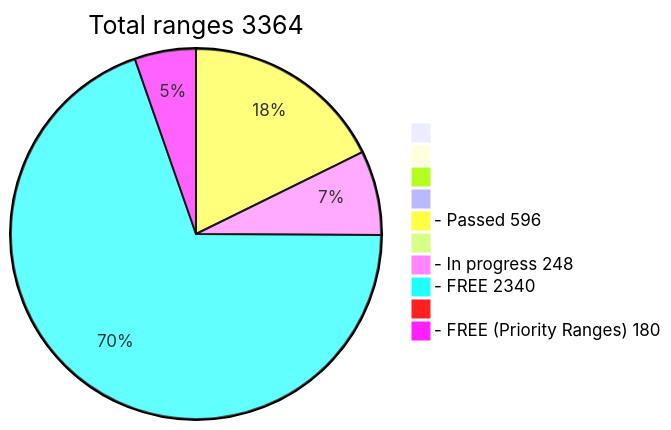
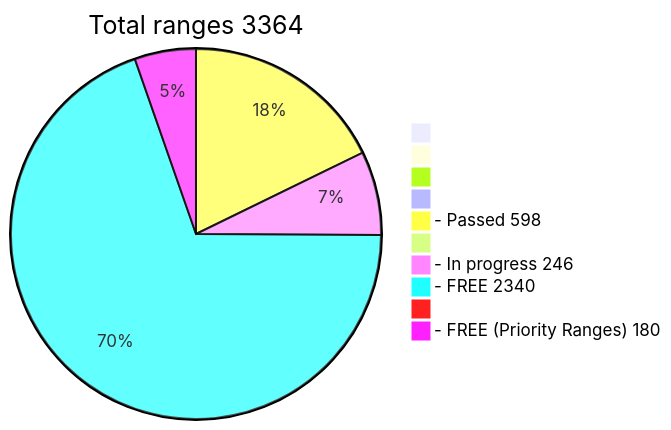
The diagram in README.md (phrutis/wif500), drawn with Mermaid before and after one commit.

````diff
--- a/README.md
+++ b/README.md
@@ -16,13 +16,13 @@
 ```mermaid
 pie title Total ranges 3364
              " " : 0
             "  " : 0
            "   " : 0
           "    " : 0
-  "- Passed 596" : 596
+  "- Passed 598" : 598
          "     " : 0
-  "- In progress 248" : 248
+  "- In progress 246" : 246
    "- FREE 2340" : 2340
         "      " : 0
   "- FREE (Priority Ranges) 180" : 180
 ```
````
